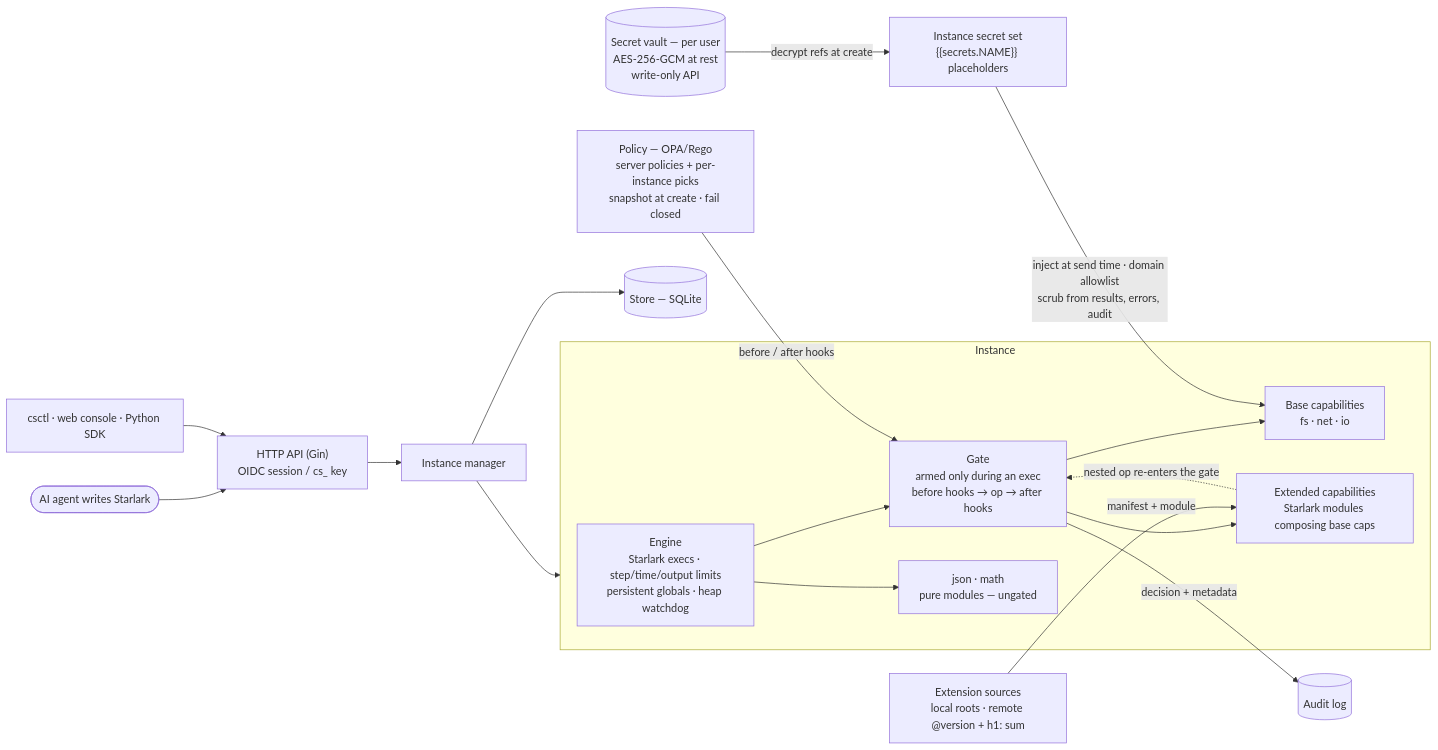
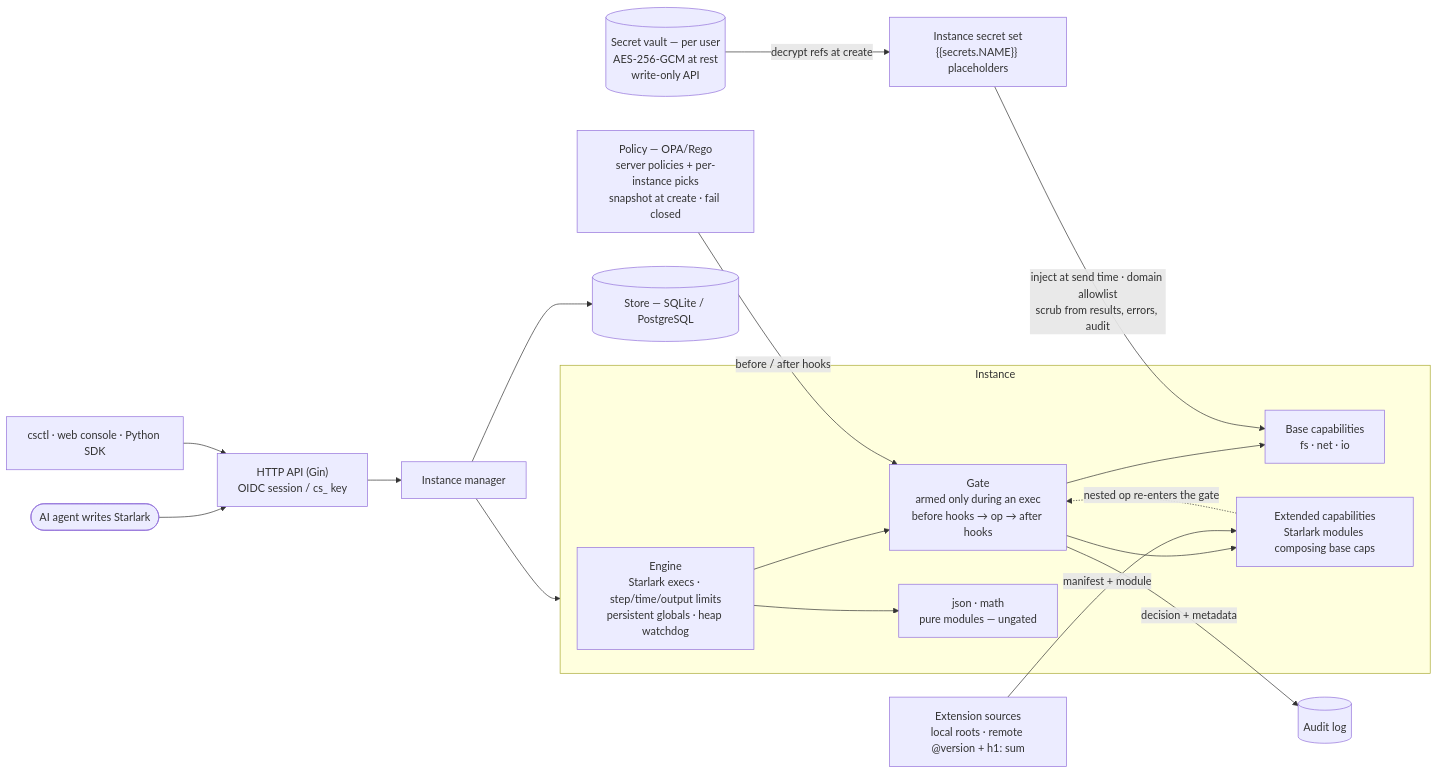
Before and after one commit to wylswz/calcside: the diagram in README.md, drawn with Mermaid. The commit also changed other lines of this file and 23 other files, not shown here.

````diff
--- a/README.md
+++ b/README.md
@@ -11,31 +11,31 @@
 ```mermaid
 flowchart LR
     agent([AI agent writes Starlark]) --> http
     ui["csctl · web console · Python SDK"] --> http
     http["HTTP API (Gin)<br/>OIDC session / cs_ key"] --> mgr["Instance manager"]
 
     subgraph inst["Instance"]
         eng["Engine<br/>Starlark execs · step/time/output limits<br/>persistent globals · heap watchdog"]
         gate["Gate<br/>armed only during an exec<br/>before hooks → op → after hooks"]
         base["Base capabilities<br/>fs · net · io"]
         ext["Extended capabilities<br/>Starlark modules composing base caps"]
         pure["json · math<br/>pure modules — ungated"]
 
         eng --> gate
         eng --> pure
         gate --> base
         gate --> ext
         ext -.->|"nested op re-enters the gate"| gate
     end
 
     mgr --> inst
 
     pol["Policy — OPA/Rego<br/>server policies + per-instance picks<br/>snapshot at create · fail closed"] -->|"before / after hooks"| gate
     gate -->|"decision + metadata"| audit[("Audit log")]
-    mgr --> store[("Store — SQLite")]
+    mgr --> store[("Store — SQLite / PostgreSQL")]
 
     vault[("Secret vault — per user<br/>AES-256-GCM at rest<br/>write-only API")] -->|"decrypt refs at create"| sset["Instance secret set<br/>{{secrets.NAME}} placeholders"]
     sset -->|"inject at send time · domain allowlist<br/>scrub from results, errors, audit"| base
 
     srcs["Extension sources<br/>local roots · remote @version + h1: sum"] -->|"manifest + module"| ext
 ```
````
